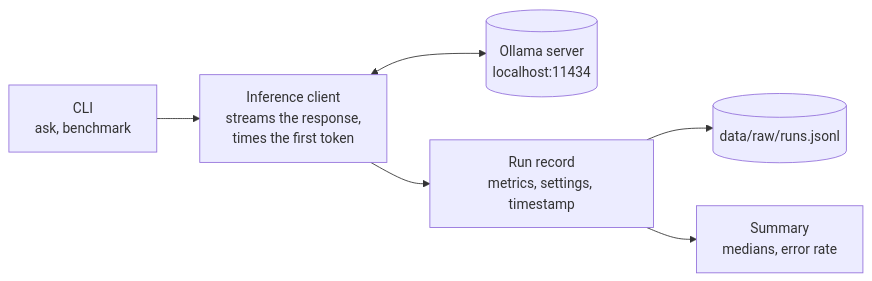
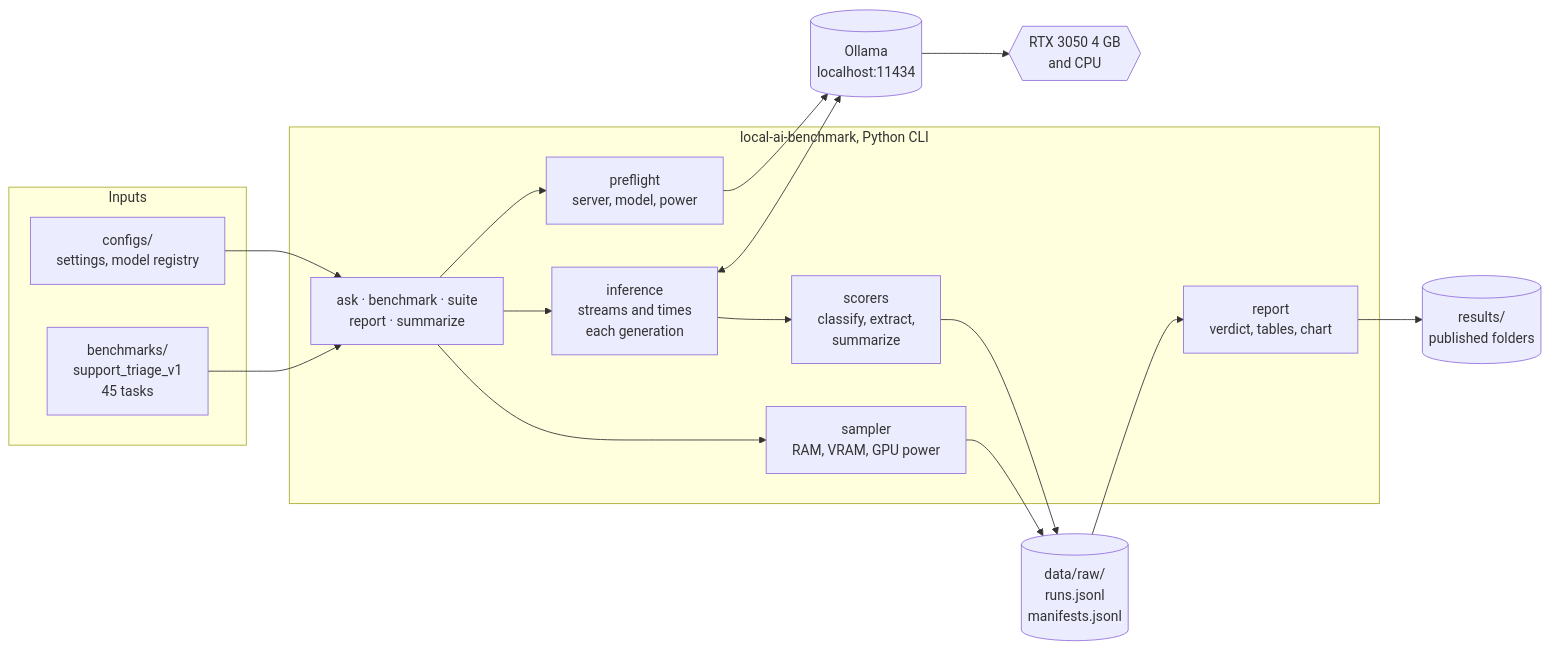
The diagram in README.md (saicharan-nidiganti/local-ai-benchmark), drawn with Mermaid before and after one commit. The commit also changed other lines of this file and 5 other files, not shown here.

````diff
--- a/README.md
+++ b/README.md
@@ -54,8 +100,32 @@
 ```mermaid
 flowchart LR
-    cli["CLI<br/>ask, benchmark"] --> client["Inference client<br/>streams the response,<br/>times the first token"]
-    client <--> ollama[("Ollama server<br/>localhost:11434")]
-    client --> record["Run record<br/>metrics, settings, timestamp"]
-    record --> jsonl[("data/raw/runs.jsonl")]
-    record --> summary["Summary<br/>medians, error rate"]
+    subgraph inputs["Inputs"]
+        configs["configs/<br/>settings, model registry"]
+        suite["benchmarks/<br/>support_triage_v1<br/>45 tasks"]
+    end
+    subgraph harness["local-ai-benchmark, Python CLI"]
+        cli["ask · benchmark · suite<br/>report · summarize"]
+        pre["preflight<br/>server, model, power"]
+        inf["inference<br/>streams and times<br/>each generation"]
+        score["scorers<br/>classify, extract,<br/>summarize"]
+        samp["sampler<br/>RAM, VRAM, GPU power"]
+        rep["report<br/>verdict, tables, chart"]
+    end
+    ollama[("Ollama<br/>localhost:11434")]
+    gpu{{"RTX 3050 4 GB<br/>and CPU"}}
+    log[("data/raw/<br/>runs.jsonl<br/>manifests.jsonl")]
+    results[("results/<br/>published folders")]
+    configs --> cli
+    suite --> cli
+    cli --> pre
+    pre --> ollama
+    cli --> inf
+    inf <--> ollama
+    ollama --> gpu
+    inf --> score
+    cli --> samp
+    score --> log
+    samp --> log
+    log --> rep
+    rep --> results
 ```
````
